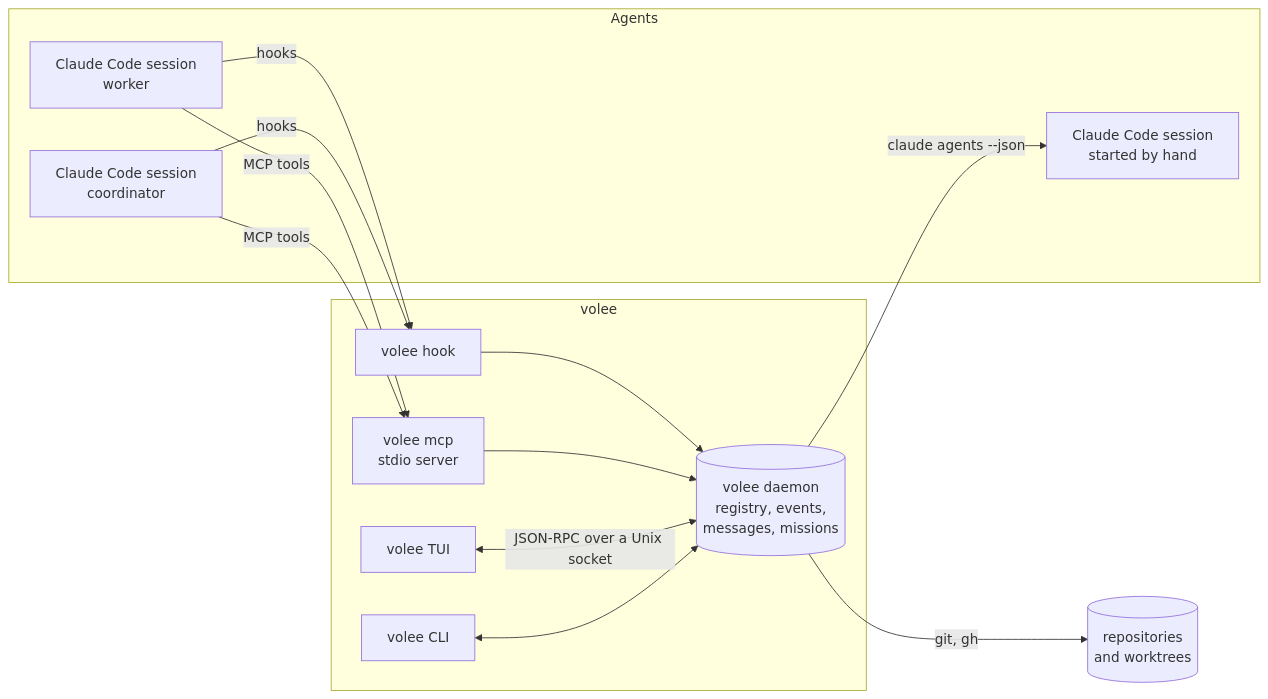
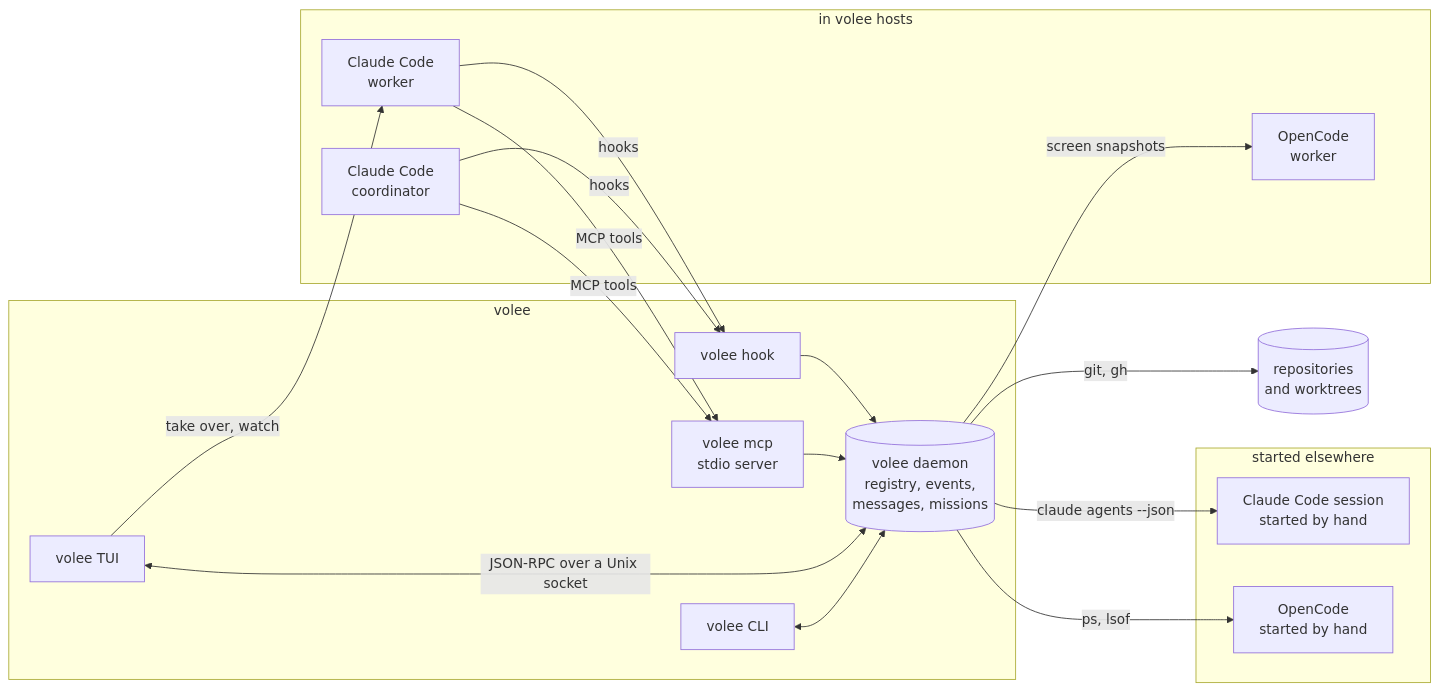
One commit to volee-org/volee changed the diagram in docs/src/architecture/overview.md. Above: the diagram before and after it, drawn with Mermaid. The commit also changed other lines of this file and 107 other files, not shown here.

First line of the commit message:
feat!: run every agent in a volee host, with exact screens, Ctrl+Q take over, a wall of screens, adoption, resume after reboot and OpenCode agents (#114)

````diff
--- a/docs/src/architecture/overview.md
+++ b/docs/src/architecture/overview.md
@@ -46,23 +55,30 @@
 ```mermaid
 flowchart LR
-  subgraph Agents
-    A1[Claude Code session<br/>worker]
-    A2[Claude Code session<br/>coordinator]
+  subgraph Hosts [in volee hosts]
+    A1[Claude Code<br/>worker]
+    A2[Claude Code<br/>coordinator]
+    A4[OpenCode<br/>worker]
+  end
+  subgraph Elsewhere [started elsewhere]
     A3[Claude Code session<br/>started by hand]
+    A5[OpenCode<br/>started by hand]
   end
   subgraph volee
     D[(volee daemon<br/>registry, events,<br/>messages, missions)]
     T[volee TUI]
     C[volee CLI]
     M[volee mcp<br/>stdio server]
     H[volee hook]
   end
   A1 -->|hooks| H --> D
   A2 -->|hooks| H
   A1 -->|MCP tools| M --> D
   A2 -->|MCP tools| M
+  D -->|"screen snapshots"| A4
   D -->|"claude agents --json"| A3
+  D -->|"ps, lsof"| A5
   D -->|"git, gh"| R[(repositories<br/>and worktrees)]
   T <-->|JSON-RPC over a Unix socket| D
   C <--> D
+  T -->|"take over, watch"| A1
 ```
````
